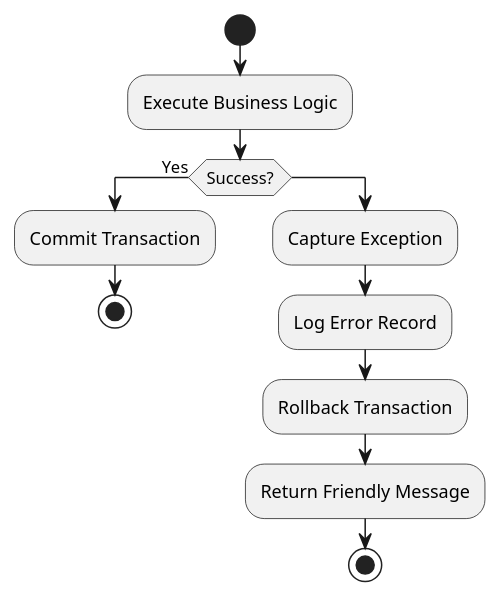
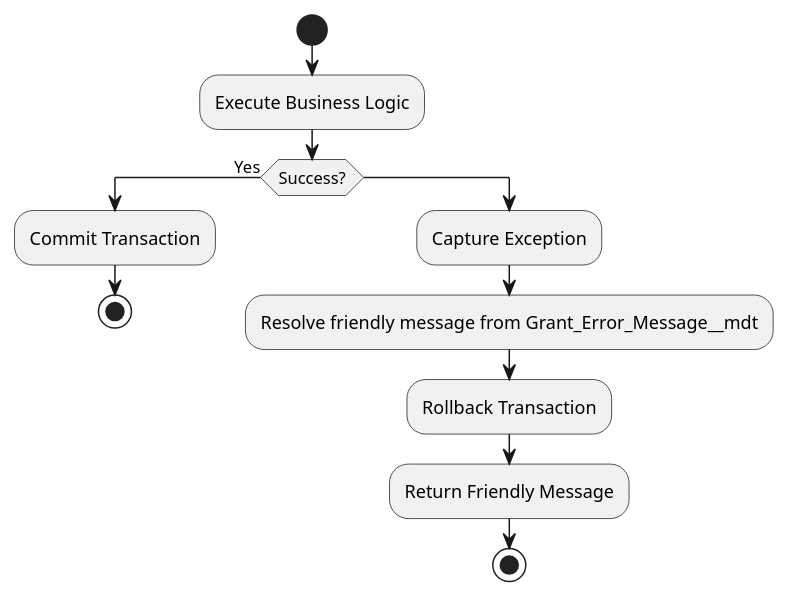
The diagram in doc/3.8 Error Handling Strategy.puml (jimmytobing/virtusa), drawn with PlantUML before and after one commit. The commit also changed 16 other files, not shown here.

```diff
--- a/doc/3.8 Error Handling Strategy.puml
+++ b/doc/3.8 Error Handling Strategy.puml
@@ -1,27 +1,27 @@
 @startuml
 
 start
 
 :Execute Business Logic;
 
 if (Success?) then (Yes)
 
 :Commit Transaction;
 
 stop
 
 else
 
 :Capture Exception;
 
-:Log Error Record;
+:Resolve friendly message from Grant_Error_Message__mdt;
 
 :Rollback Transaction;
 
 :Return Friendly Message;
 
 stop
 
 endif
 
 @enduml
```
